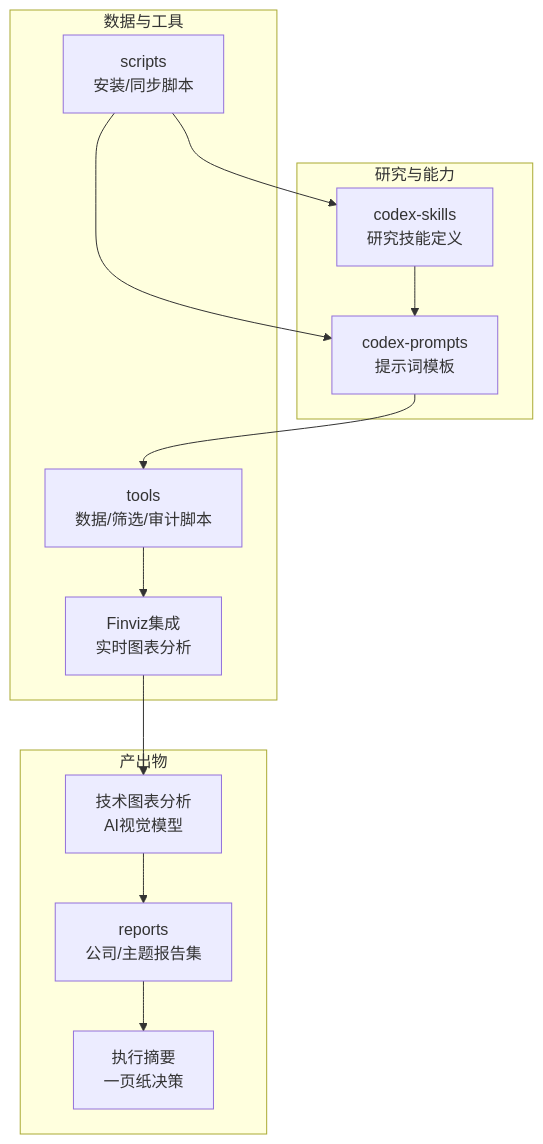
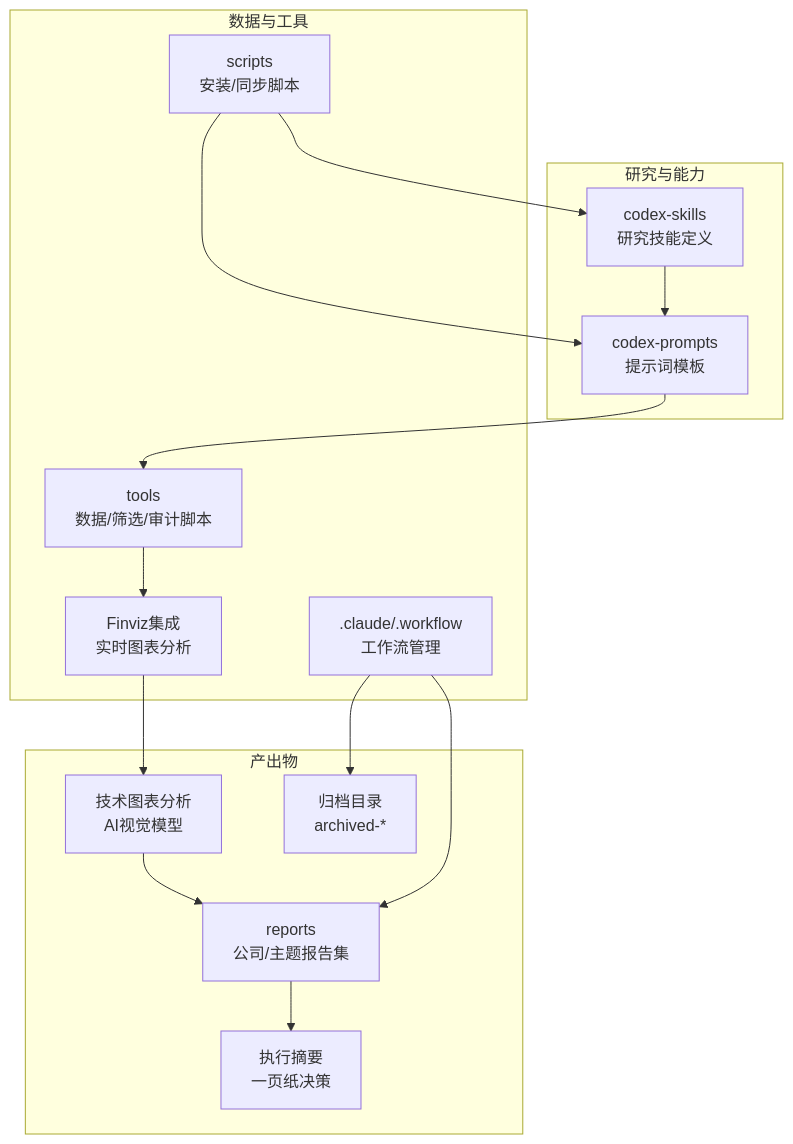
The first of 9 diagrams in .qoder/repowiki/zh/content/报告生成系统/报告生成系统.md (Ted-Engineer/ai-berkshire), drawn with Mermaid before and after one commit. The commit also changed other lines of this file and 76 other files, not shown here.

````diff
--- a/.qoder/repowiki/zh/content/报告生成系统/报告生成系统.md
+++ b/.qoder/repowiki/zh/content/报告生成系统/报告生成系统.md
@@ -87,25 +94,29 @@
 ```mermaid
 graph TB
 subgraph "研究与能力"
 SKILLS["codex-skills<br/>研究技能定义"]
 PROMPTS["codex-prompts<br/>提示词模板"]
 end
 subgraph "数据与工具"
 TOOLS["tools<br/>数据/筛选/审计脚本"]
 FINVIZ["Finviz集成<br/>实时图表分析"]
 SCRIPTS["scripts<br/>安装/同步脚本"]
+WORKFLOW[".claude/.workflow<br/>工作流管理"]
 end
 subgraph "产出物"
 REPORTS["reports<br/>公司/主题报告集"]
 EXEC_SUMMARY["执行摘要<br/>一页纸决策"]
 TECH_ANALYSIS["技术图表分析<br/>AI视觉模型"]
+ARCHIVED["归档目录<br/>archived-*"]
 end
 SKILLS --> PROMPTS
 PROMPTS --> TOOLS
 TOOLS --> FINVIZ
 FINVIZ --> TECH_ANALYSIS
 TECH_ANALYSIS --> REPORTS
 REPORTS --> EXEC_SUMMARY
 SCRIPTS --> SKILLS
 SCRIPTS --> PROMPTS
+WORKFLOW --> ARCHIVED
+WORKFLOW --> REPORTS
 ```
````
